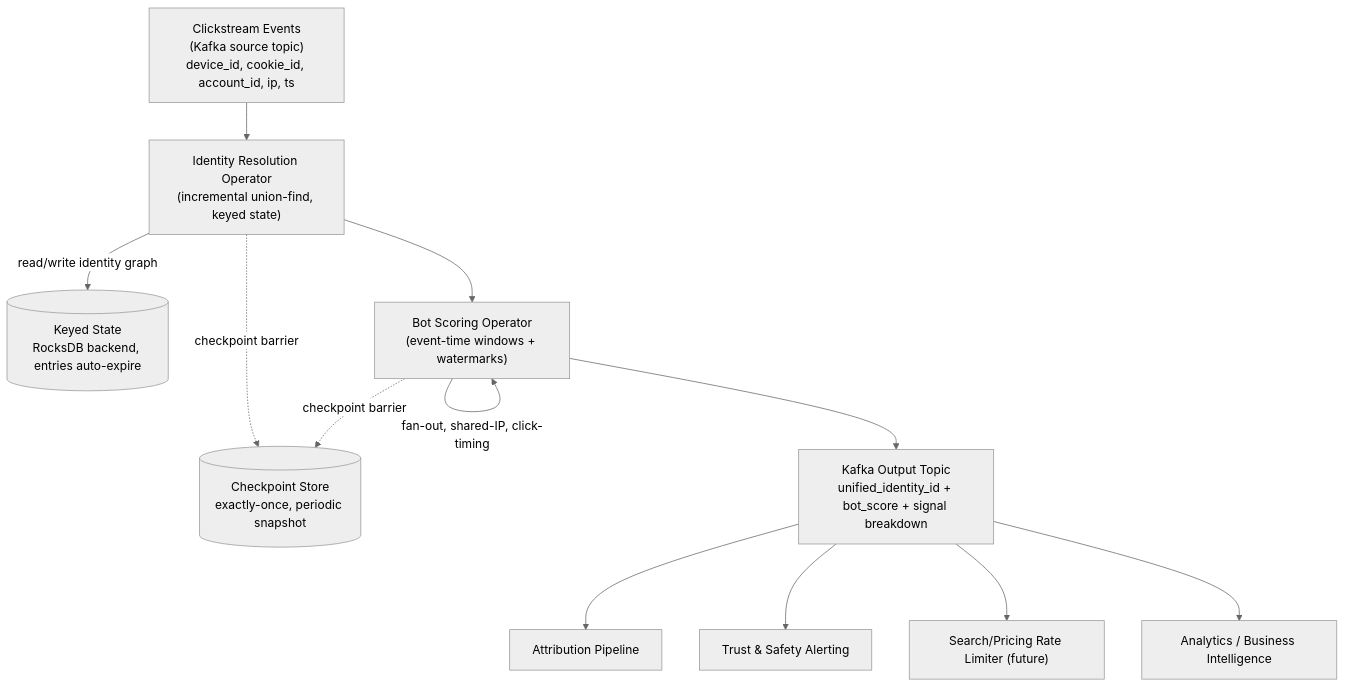
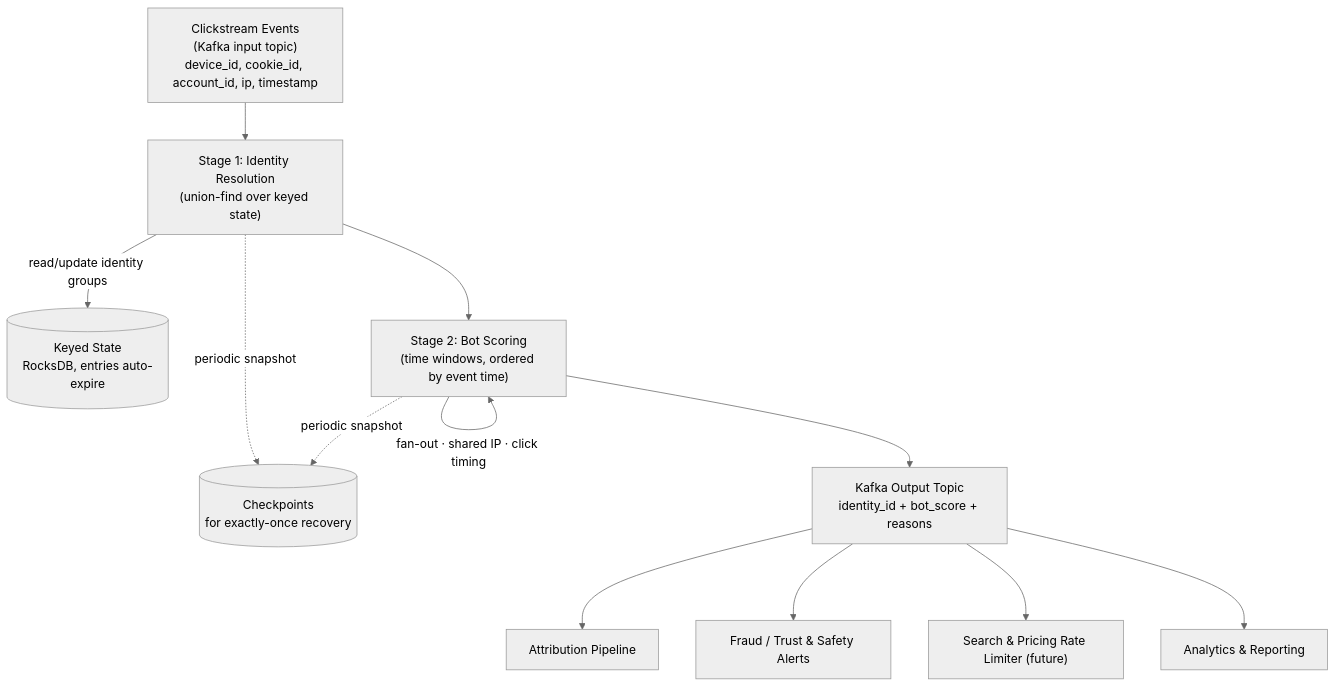
One commit to Minal18/identity-bot-pipeline changed the diagram in docs/TECH_DESIGN.md. Above: the diagram before and after it, drawn with Mermaid (neutral theme). The commit also changed other lines of this file and 1 other file, not shown here.

````diff
--- a/docs/TECH_DESIGN.md
+++ b/docs/TECH_DESIGN.md
@@ -20,14 +28,14 @@
 ```mermaid
 flowchart TD
-    A["Clickstream Events<br/>(Kafka source topic)<br/>device_id, cookie_id, account_id, ip, ts"] --> B["Identity Resolution Operator<br/>(incremental union-find, keyed state)"]
-    B -- "read/write identity graph" --> C[("Keyed State<br/>RocksDB backend, entries auto-expire")]
-    B --> D["Bot Scoring Operator<br/>(event-time windows + watermarks)"]
-    D -- "fan-out, shared-IP, click-timing" --> D
-    B -. "checkpoint barrier" .-> E[("Checkpoint Store<br/>exactly-once, periodic snapshot")]
-    D -. "checkpoint barrier" .-> E
-    D --> F["Kafka Output Topic<br/>unified_identity_id + bot_score + signal breakdown"]
+    A["Clickstream Events<br/>(Kafka input topic)<br/>device_id, cookie_id, account_id, ip, timestamp"] --> B["Stage 1: Identity Resolution<br/>(union-find over keyed state)"]
+    B -- "read/update identity groups" --> C[("Keyed State<br/>RocksDB, entries auto-expire")]
+    B --> D["Stage 2: Bot Scoring<br/>(time windows, ordered by event time)"]
+    D -- "fan-out · shared IP · click timing" --> D
+    B -. "periodic snapshot" .-> E[("Checkpoints<br/>for exactly-once recovery")]
+    D -. "periodic snapshot" .-> E
+    D --> F["Kafka Output Topic<br/>identity_id + bot_score + reasons"]
     F --> G["Attribution Pipeline"]
-    F --> H["Trust & Safety Alerting"]
-    F --> I["Search/Pricing Rate Limiter (future)"]
-    F --> J["Analytics / Business Intelligence"]
+    F --> H["Fraud / Trust & Safety Alerts"]
+    F --> I["Search & Pricing Rate Limiter (future)"]
+    F --> J["Analytics & Reporting"]
 ```
````
